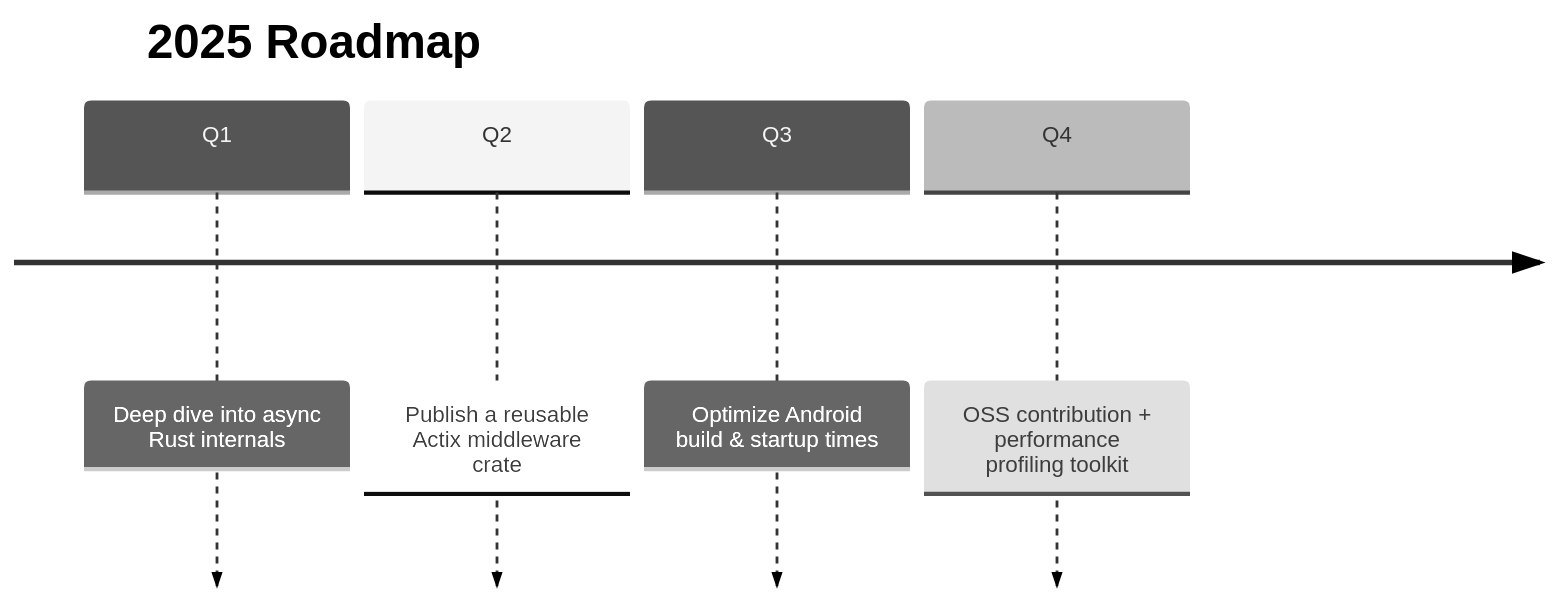
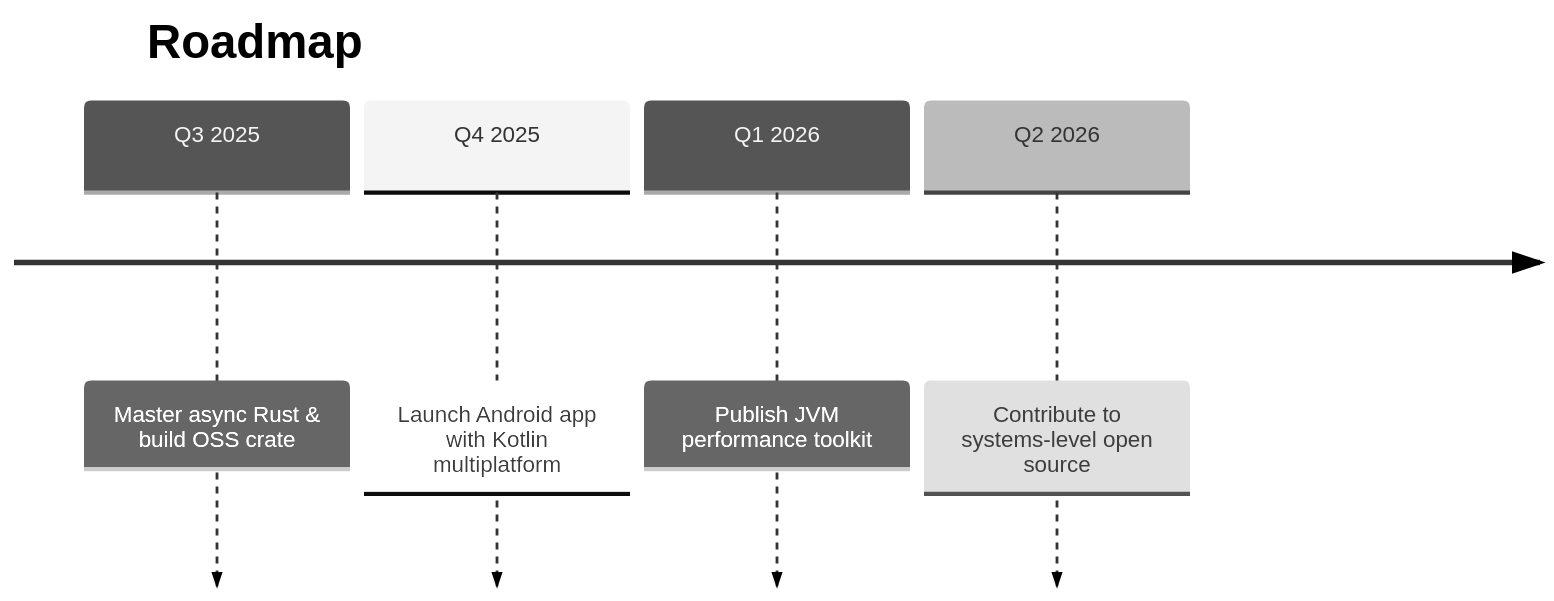
Before and after one commit to souravk29/souravk29: the diagram in README.md, drawn with Mermaid (neutral theme). The commit also changed other lines of this file, not shown here.

````diff
--- a/README.md
+++ b/README.md
@@ -165,8 +154,8 @@
 ```mermaid
 timeline
-    title 2025 Roadmap
-    Q1 : Deep dive into async Rust internals
-    Q2 : Publish a reusable Actix middleware crate
-    Q3 : Optimize Android build & startup times
-    Q4 : OSS contribution + performance profiling toolkit
+    title Roadmap
+    Q3 2025 : Master async Rust & build OSS crate
+    Q4 2025 : Launch Android app with Kotlin multiplatform
+    Q1 2026 : Publish JVM performance toolkit
+    Q2 2026 : Contribute to systems-level open source
 ```
````
